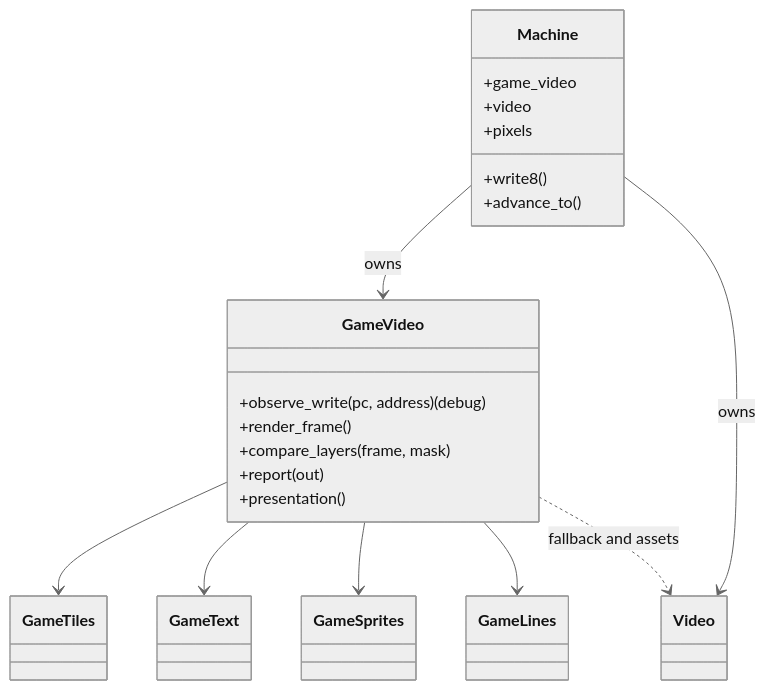
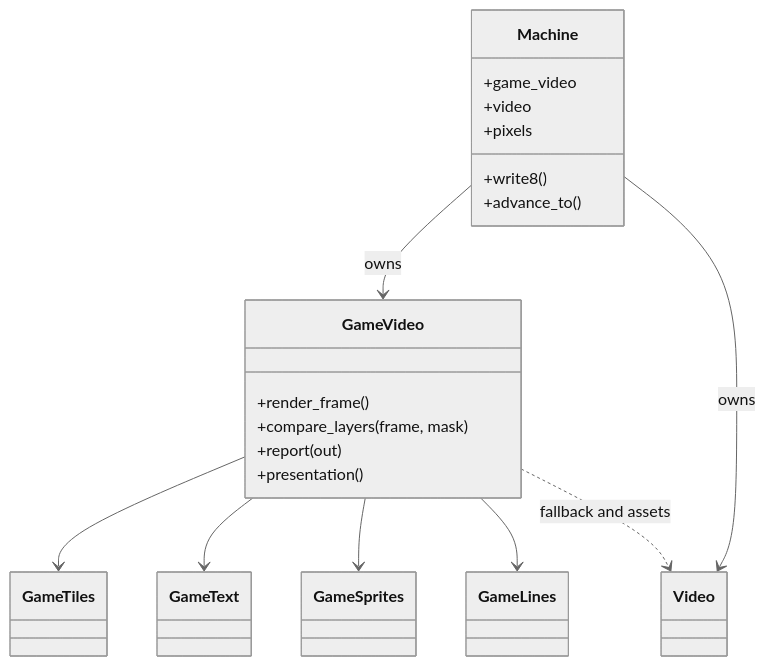
Before and after one commit to ansxor/f3-recomp: the first of 4 diagrams in docs/site/developer/runtime/video/game-hle.md, drawn with Mermaid (neutral theme). The commit also changed other lines of this file and 69 other files, not shown here.

````diff
--- a/docs/site/developer/runtime/video/game-hle.md
+++ b/docs/site/developer/runtime/video/game-hle.md
@@ -54,29 +51,28 @@
 ```mermaid
 classDiagram
     class Machine {
         +game_video
         +video
         +pixels
         +write8()
         +advance_to()
     }
     class GameVideo {
-        +observe_write(pc, address) (debug)
         +render_frame()
         +compare_layers(frame, mask)
         +report(out)
         +presentation()
     }
     class GameTiles
     class GameText
     class GameSprites
     class GameLines
     class Video
     Machine --> GameVideo : owns
     Machine --> Video : owns
     GameVideo --> GameTiles
     GameVideo --> GameText
     GameVideo --> GameSprites
     GameVideo --> GameLines
     GameVideo ..> Video : fallback and assets
 ```
````
